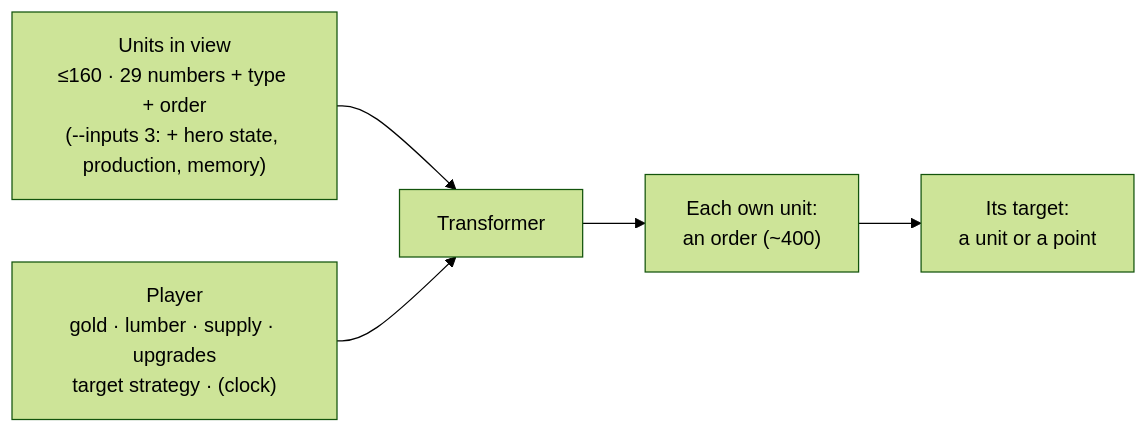
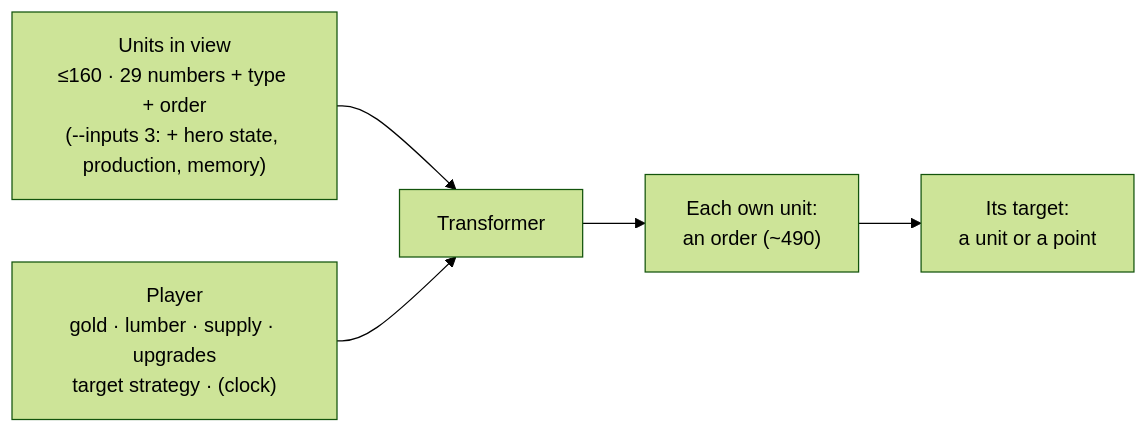
Before and after one commit to RobinKa/warcraftsim: the second of 2 diagrams in docs/environments.md, drawn with Mermaid (forest theme). The commit also changed other lines of this file and 8 other files, not shown here.

````diff
--- a/docs/environments.md
+++ b/docs/environments.md
@@ -30,7 +30,7 @@
 ```mermaid
 flowchart LR
   U["Units in view<br/>≤160 · 29 numbers + type + order<br/>(--inputs 3: + hero state, production, memory)"] --> N["Transformer"]
   P["Player<br/>gold · lumber · supply · upgrades<br/>target strategy · (clock)"] --> N
-  N --> O["Each own unit:<br/>an order (~400)"]
+  N --> O["Each own unit:<br/>an order (~490)"]
   O --> X["Its target:<br/>a unit or a point"]
 ```
````
